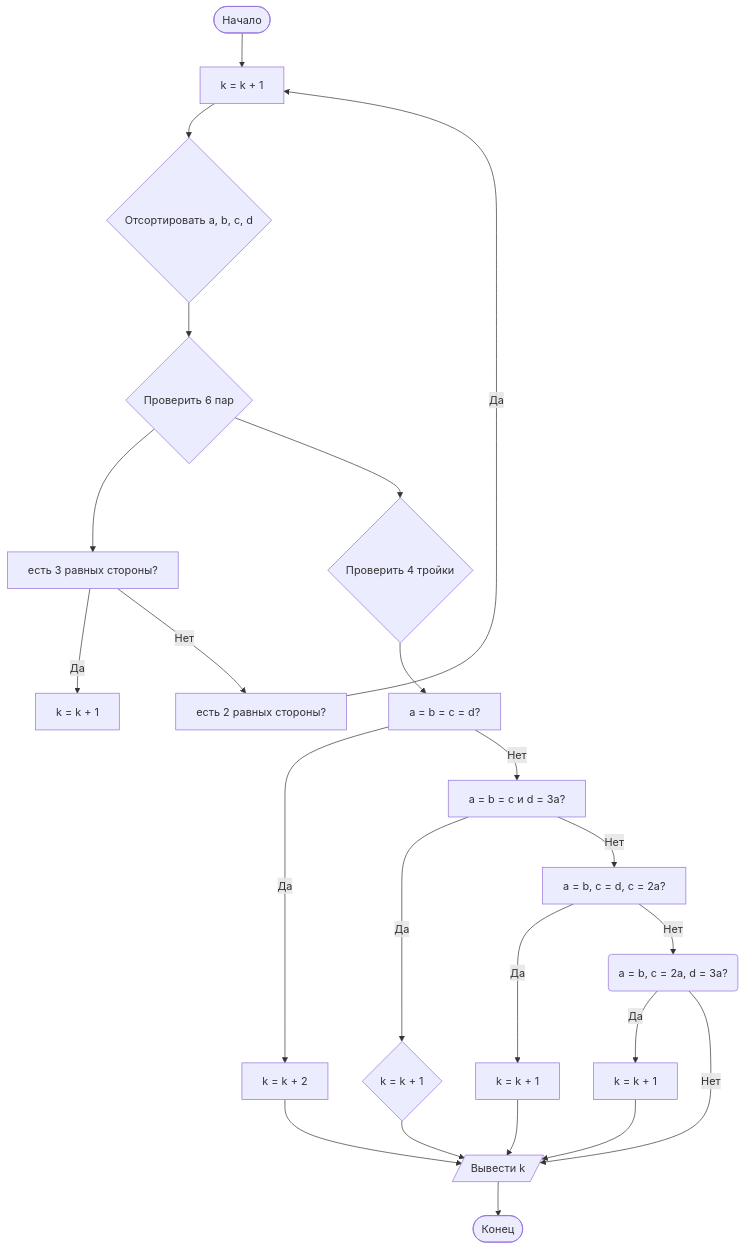
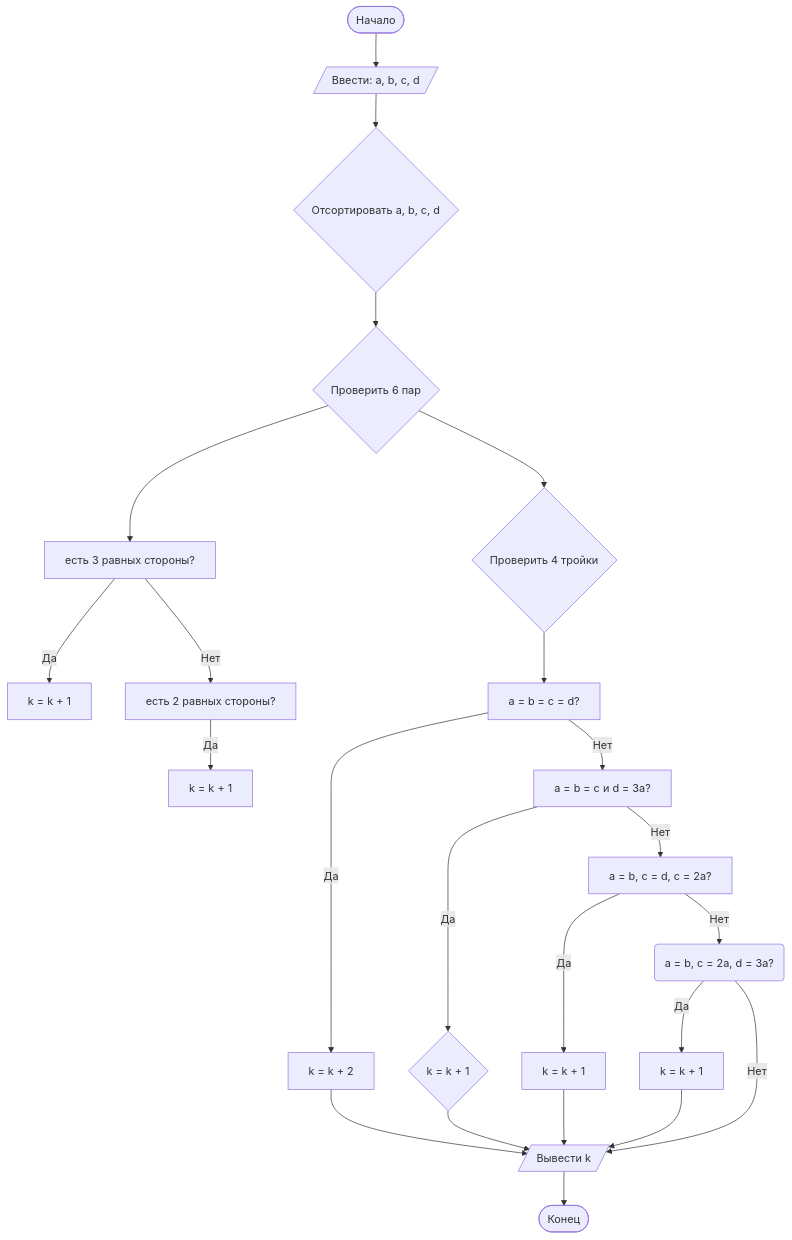
One commit to andreyka239/Lab1 changed the diagram in Lab1/description.md. Above: the diagram before and after it, drawn with Mermaid. The commit also changed other lines of this file, not shown here.

````diff
--- a/Lab1/description.md
+++ b/Lab1/description.md
@@ -137,25 +137,25 @@
 ```mermaid
 graph TD
         A([Начало]) --> B[/Ввести: a, b, c, d/]
         B --> C{Отсортировать a, b, c, d}
         C --> D{Проверить 6 пар}
         D --> Y[есть 3 равных стороны?]
         Y -- Да --> P[k = k + 1]
         Y -- Нет --> Q[есть 2 равных стороны?]
-        Q -- Да --> B[k = k + 1]
+        Q -- Да --> V[k = k + 1]
         D --> E{Проверить 4 тройки}
         E --> F[a = b = c = d?]
         F -- Да --> G[k = k + 2]
         F -- Нет --> H[a = b = c и d = 3a?]
         H -- Да --> I{k = k + 1}
         H -- Нет --> J[a = b, c = d, c = 2a?]
         J -- Да --> K[k = k + 1]
         J -- Нет --> L(a = b, c = 2a, d = 3a?)
         L -- Да --> M[k = k + 1]
         L -- Нет --> N[/Вывести k/]
         G --> N
         I --> N
         K --> N
         M --> N
         N --> O([Конец])
 ```
````
